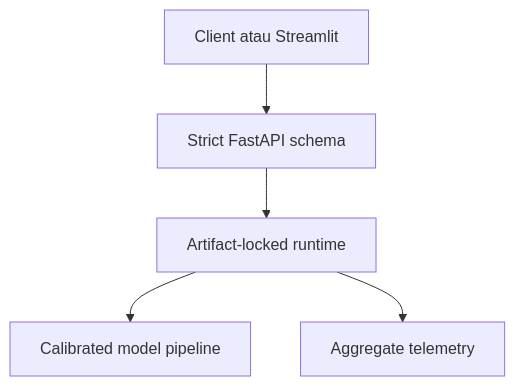
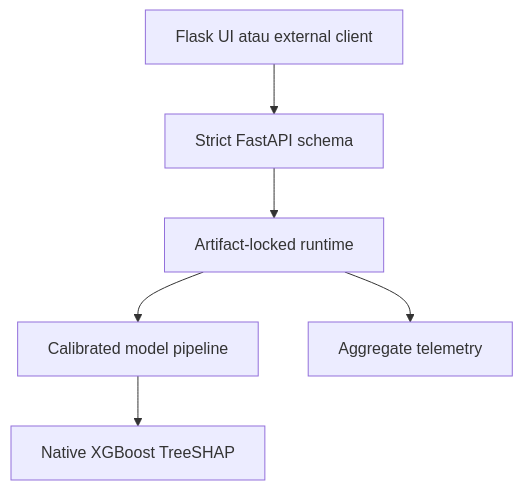
One commit to SYFDNNN/fraudshield changed the second of 2 diagrams in docs/architecture.md. Above: the diagram before and after it, drawn with Mermaid. The commit also changed other lines of this file and 51 other files, not shown here.

````diff
--- a/docs/architecture.md
+++ b/docs/architecture.md
@@ -58,7 +59,8 @@
 ```mermaid
 flowchart TD
-    A["Client atau Streamlit"] --> B["Strict FastAPI schema"]
+    A["Flask UI atau external client"] --> B["Strict FastAPI schema"]
     B --> C["Artifact-locked runtime"]
     C --> D["Calibrated model pipeline"]
-    C --> E["Aggregate telemetry"]
+    D --> E["Native XGBoost TreeSHAP"]
+    C --> F["Aggregate telemetry"]
 ```
````
